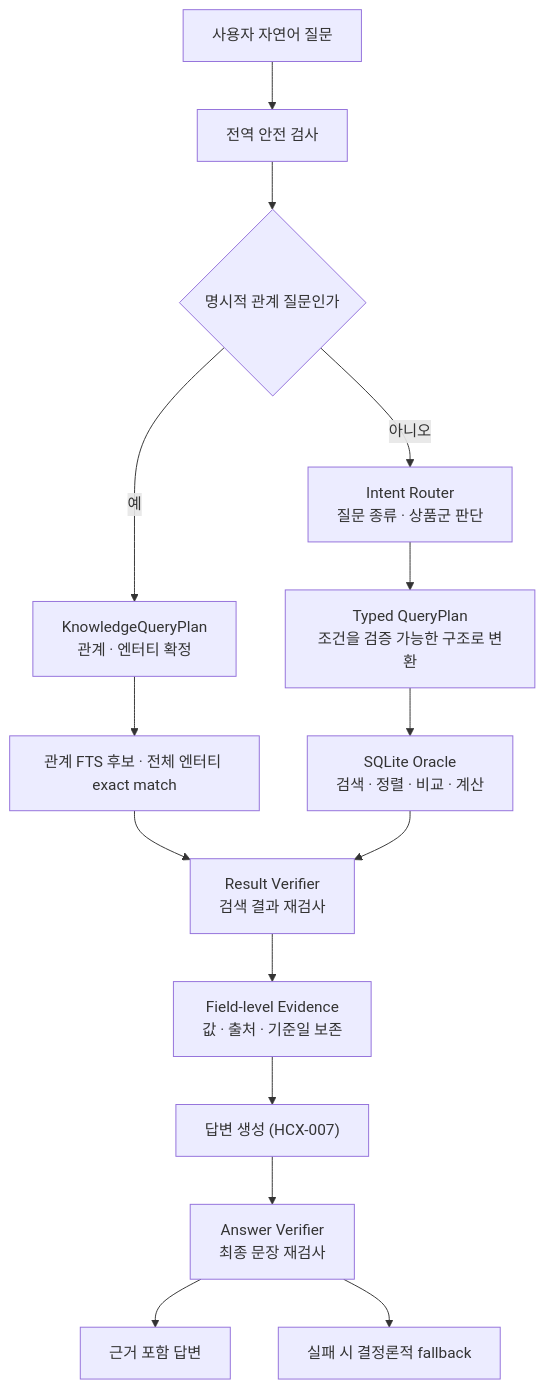
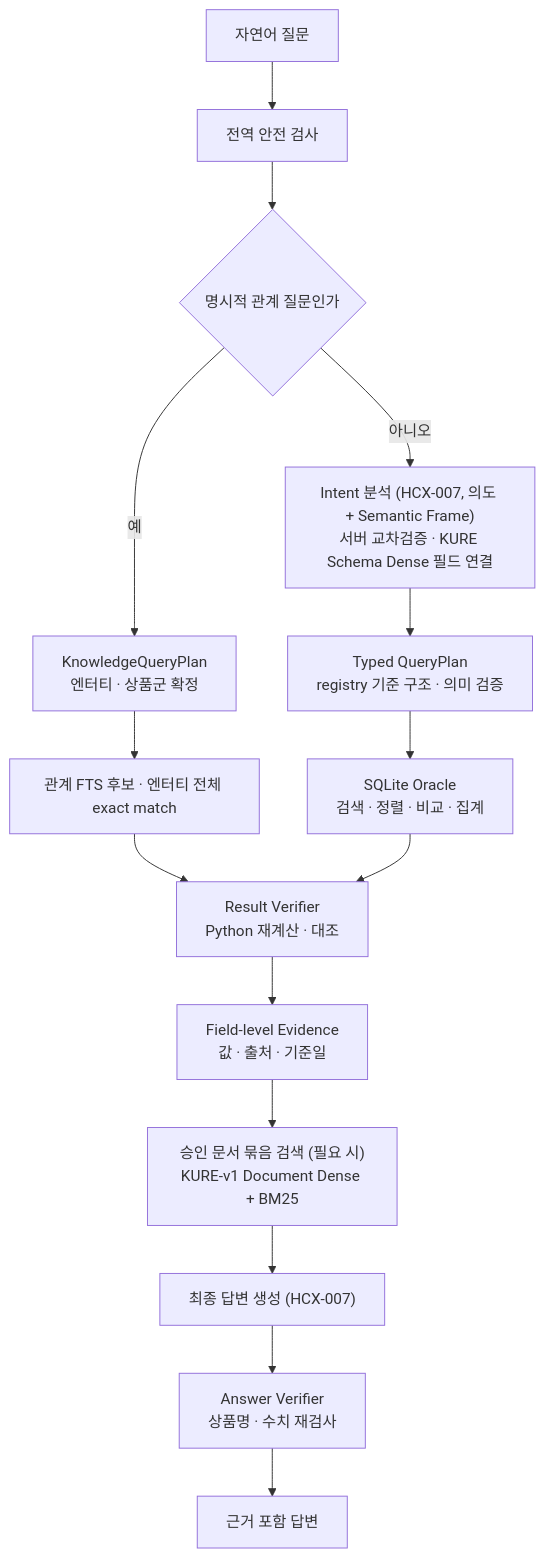
Before and after one commit to Hyunhoim/gaeng3: the diagram in src/finance_agent/README.md, drawn with Mermaid. The commit also changed other lines of this file and 11 other files, not shown here.

````diff
--- a/src/finance_agent/README.md
+++ b/src/finance_agent/README.md
@@ -21,17 +20,17 @@
 ```mermaid
 flowchart TD
-    Q["사용자 자연어 질문"] --> S["전역 안전 검사"]
+    Q["자연어 질문"] --> S["전역 안전 검사"]
     S --> KR{"명시적 관계 질문인가"}
-    KR -->|아니오| R["Intent Router<br/>질문 종류 · 상품군 판단"]
-    R --> P["Typed QueryPlan<br/>조건을 검증 가능한 구조로 변환"]
-    P --> O["SQLite Oracle<br/>검색 · 정렬 · 비교 · 계산"]
-    KR -->|예| KP["KnowledgeQueryPlan<br/>관계 · 엔터티 확정"]
-    KP --> RO["관계 FTS 후보 · 전체 엔터티 exact match"]
+    KR -->|아니오| R["Intent 분석 (HCX-007, 의도 + Semantic Frame)<br/>서버 교차검증 · KURE Schema Dense 필드 연결"]
+    R --> P["Typed QueryPlan<br/>registry 기준 구조 · 의미 검증"]
+    P --> O["SQLite Oracle<br/>검색 · 정렬 · 비교 · 집계"]
+    KR -->|예| KP["KnowledgeQueryPlan<br/>엔터티 · 상품군 확정"]
+    KP --> RO["관계 FTS 후보 · 엔터티 전체 exact match"]
     RO --> V
-    O --> V["Result Verifier<br/>검색 결과 재검사"]
-    V --> E["Field-level Evidence<br/>값 · 출처 · 기준일 보존"]
-    E --> A["답변 생성 (HCX-007)"]
-    A --> AV["Answer Verifier<br/>최종 문장 재검사"]
+    O --> V["Result Verifier<br/>Python 재계산 · 대조"]
+    V --> E["Field-level Evidence<br/>값 · 출처 · 기준일"]
+    E --> D["승인 문서 묶음 검색 (필요 시)<br/>KURE-v1 Document Dense + BM25"]
+    D --> A["최종 답변 생성 (HCX-007)"]
+    A --> AV["Answer Verifier<br/>상품명 · 수치 재검사"]
     AV --> OUT["근거 포함 답변"]
-    AV --> F["실패 시 결정론적 fallback"]
 ```
````
